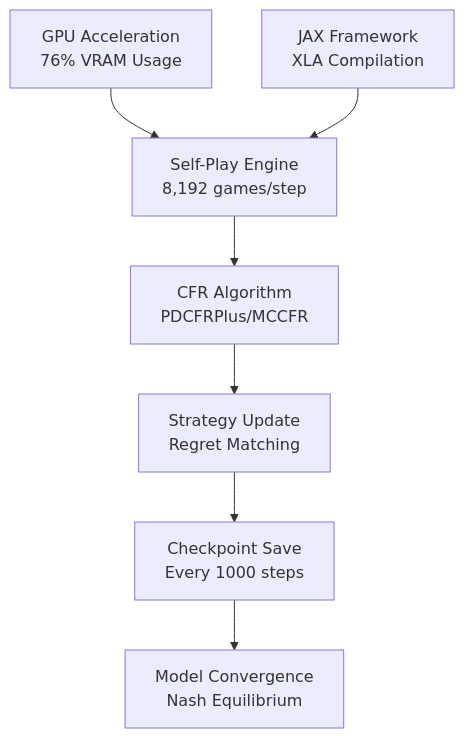
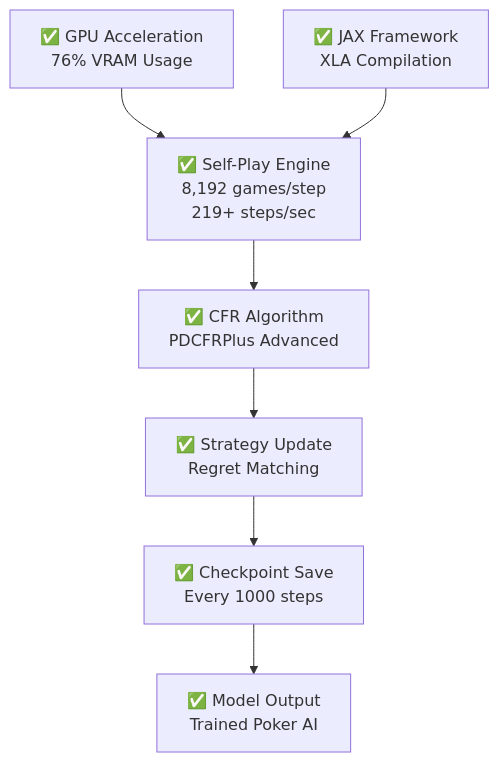
Before and after one commit to Sn0wfly/PokerTrainer: the diagram in README.md, drawn with Mermaid. The commit also changed other lines of this file and 2 other files, not shown here.

````diff
--- a/README.md
+++ b/README.md
@@ -513,10 +511,10 @@
 ```mermaid
 graph TD
-    A["Self-Play Engine<br/>8,192 games/step"] --> B["CFR Algorithm<br/>PDCFRPlus/MCCFR"]
-    B --> C["Strategy Update<br/>Regret Matching"]
-    C --> D["Checkpoint Save<br/>Every 1000 steps"]
-    D --> E["Model Convergence<br/>Nash Equilibrium"]
+    A["✅ Self-Play Engine<br/>8,192 games/step<br/>219+ steps/sec"] --> B["✅ CFR Algorithm<br/>PDCFRPlus Advanced"]
+    B --> C["✅ Strategy Update<br/>Regret Matching"]
+    C --> D["✅ Checkpoint Save<br/>Every 1000 steps"]
+    D --> E["✅ Model Output<br/>Trained Poker AI"]
     
-    F["GPU Acceleration<br/>76% VRAM Usage"] --> A
-    G["JAX Framework<br/>XLA Compilation"] --> A
+    F["✅ GPU Acceleration<br/>76% VRAM Usage"] --> A
+    G["✅ JAX Framework<br/>XLA Compilation"] --> A
 ```
````
